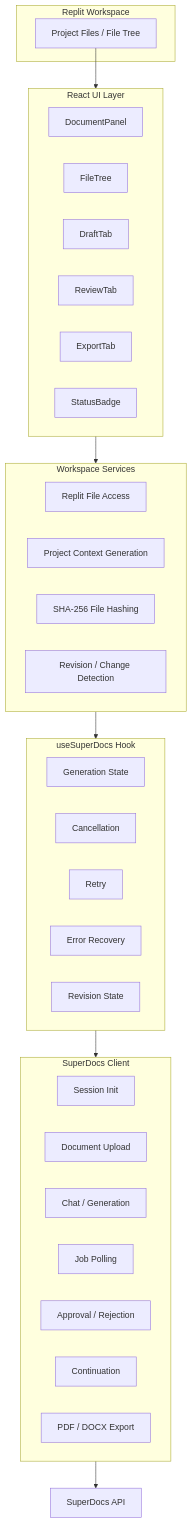
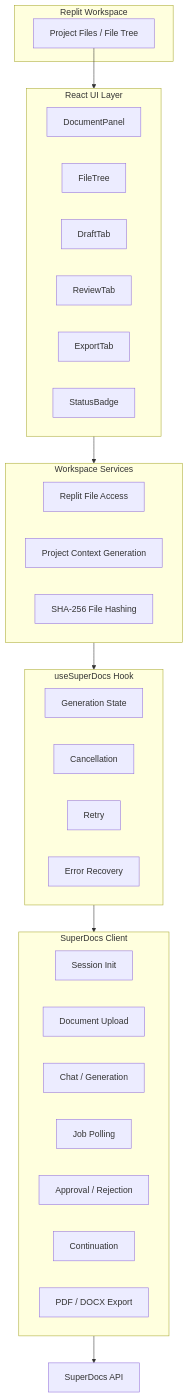
The diagram in extensions/deadheaven07/replit-workspace-document-panel/README.md (deadheaven07/superdocs-builds), drawn with Mermaid before and after one commit. The commit also changed other lines of this file and 5 other files, not shown here.

Commit message:
docs: Update README and add ARCHITECTURE.md for simplified architecture

````diff
--- a/extensions/deadheaven07/replit-workspace-document-panel/README.md
+++ b/extensions/deadheaven07/replit-workspace-document-panel/README.md
@@ -57,48 +32,46 @@
 ```mermaid
 flowchart TD
     subgraph Replit_Workspace["Replit Workspace"]
         ProjectFiles["Project Files / File Tree"]
     end
 
     subgraph React_UI["React UI Layer"]
         DocumentPanel["DocumentPanel"]
         FileTree["FileTree"]
         DraftTab["DraftTab"]
         ReviewTab["ReviewTab"]
         ExportTab["ExportTab"]
         StatusBadge["StatusBadge"]
     end
 
     subgraph Workspace_Services["Workspace Services"]
         ReplitAccess["Replit File Access"]
         ContextGen["Project Context Generation"]
         SHA256["SHA-256 File Hashing"]
-        RevisionDetect["Revision / Change Detection"]
     end
 
     subgraph UseSuperDocs_Hook["useSuperDocs Hook"]
         GenState["Generation State"]
         Cancellation["Cancellation"]
         Retry["Retry"]
         ErrorRecovery["Error Recovery"]
-        RevisionState["Revision State"]
     end
 
     subgraph SuperDocs_Client["SuperDocs Client"]
         Session["Session Init"]
         Upload["Document Upload"]
         Chat["Chat / Generation"]
         Polling["Job Polling"]
         Approval["Approval / Rejection"]
         Continue["Continuation"]
         Export["PDF / DOCX Export"]
     end
 
     SuperDocs_API["SuperDocs API"]
 
     ProjectFiles --> React_UI
     React_UI --> Workspace_Services
     Workspace_Services --> UseSuperDocs_Hook
     UseSuperDocs_Hook --> SuperDocs_Client
     SuperDocs_Client --> SuperDocs_API
 ```
````
